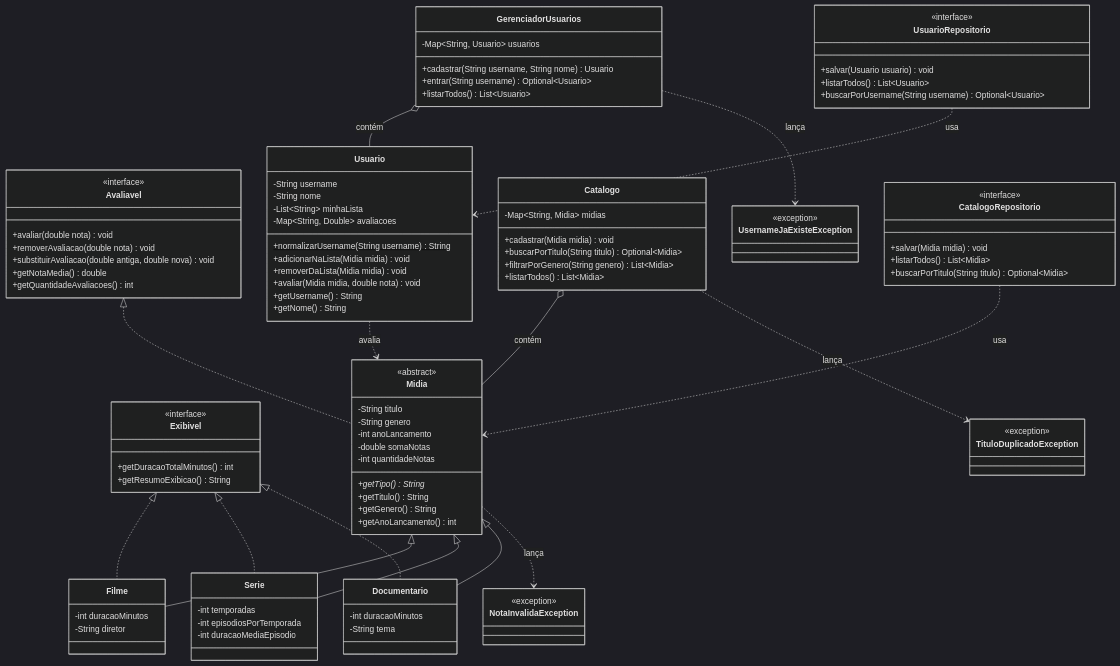
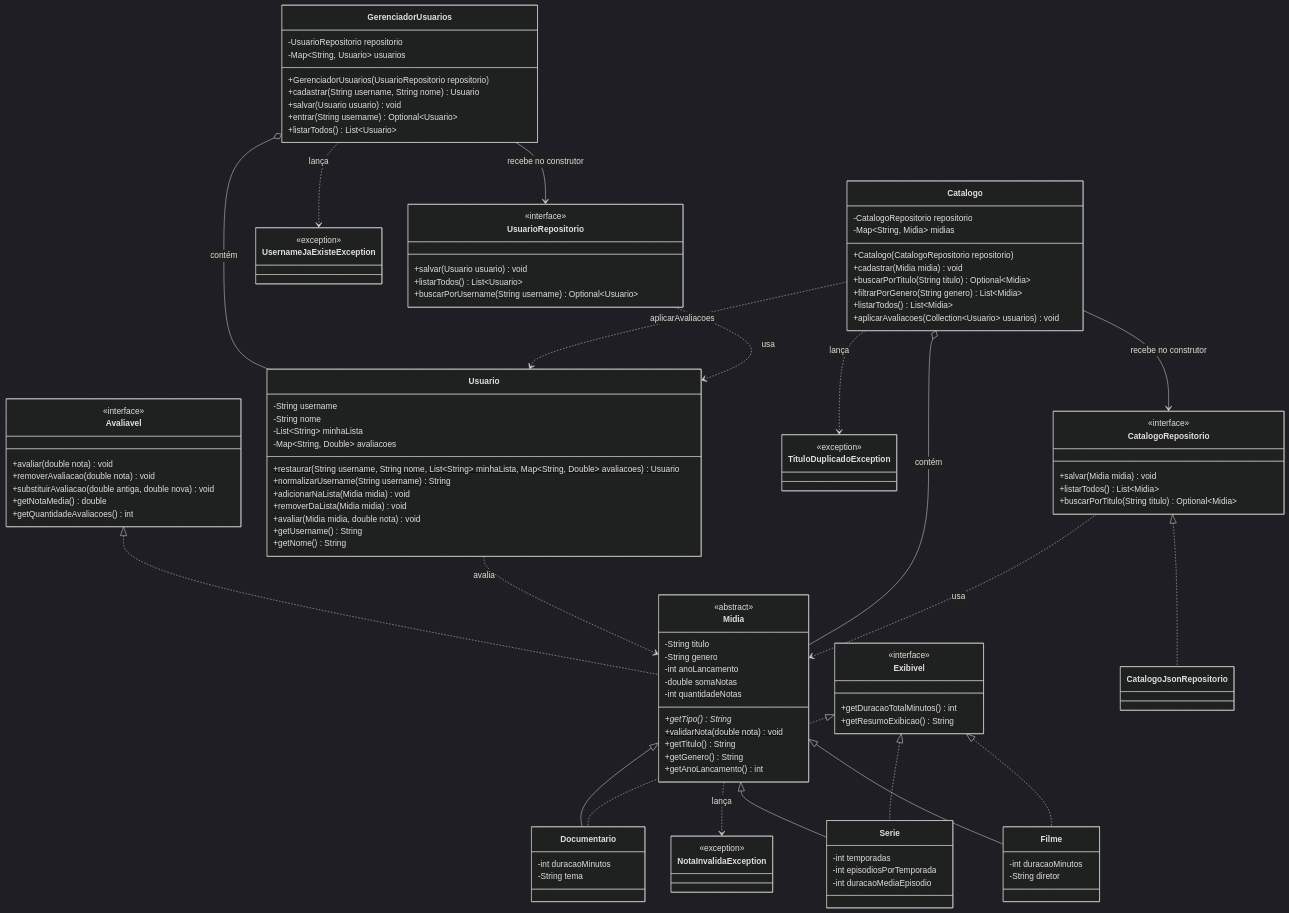
One commit to jope7/imdflix changed the first of 2 diagrams in docs/diagrama-classes.md. Above: the diagram before and after it, drawn with Mermaid (dark theme). The commit also changed other lines of this file and 12 other files, not shown here.

Commit message:
feat: Usuario.restaurar, serviços com repositório e JavaDoc

```diff
--- a/docs/diagrama-classes.md
+++ b/docs/diagrama-classes.md
@@ -31,6 +31,7 @@
         -double somaNotas
         -int quantidadeNotas
         +getTipo()* String
+        +validarNota(double nota)$ void
         +getTitulo() String
         +getGenero() String
         +getAnoLancamento() int
@@ -57,6 +58,7 @@
         -String nome
         -List~String~ minhaLista
         -Map~String, Double~ avaliacoes
+        +restaurar(String username, String nome, List~String~ minhaLista, Map~String, Double~ avaliacoes)$ Usuario
         +normalizarUsername(String username)$ String
         +adicionarNaLista(Midia midia) void
         +removerDaLista(Midia midia) void
@@ -66,16 +68,22 @@
     }
 
     class Catalogo {
+        -CatalogoRepositorio repositorio
         -Map~String, Midia~ midias
+        +Catalogo(CatalogoRepositorio repositorio)
         +cadastrar(Midia midia) void
         +buscarPorTitulo(String titulo) Optional~Midia~
         +filtrarPorGenero(String genero) List~Midia~
         +listarTodos() List~Midia~
+        +aplicarAvaliacoes(Collection~Usuario~ usuarios) void
     }
 
     class GerenciadorUsuarios {
+        -UsuarioRepositorio repositorio
         -Map~String, Usuario~ usuarios
+        +GerenciadorUsuarios(UsuarioRepositorio repositorio)
         +cadastrar(String username, String nome) Usuario
+        +salvar(Usuario usuario) void
         +entrar(String username) Optional~Usuario~
         +listarTodos() List~Usuario~
     }
@@ -104,6 +112,8 @@
         +buscarPorUsername(String username) Optional~Usuario~
     }
 
+    class CatalogoJsonRepositorio
+
     Avaliavel <|.. Midia
     Midia <|-- Filme
     Midia <|-- Serie
@@ -115,6 +125,10 @@
     Usuario ..> Midia : avalia
     Catalogo o-- Midia : contém
     GerenciadorUsuarios o-- Usuario : contém
+    Catalogo --> CatalogoRepositorio : recebe no construtor
+    GerenciadorUsuarios --> UsuarioRepositorio : recebe no construtor
+    CatalogoRepositorio <|.. CatalogoJsonRepositorio
+    Catalogo ..> Usuario : aplicarAvaliacoes
 
     Midia ..> NotaInvalidaException : lança
     Catalogo ..> TituloDuplicadoException : lança
```
